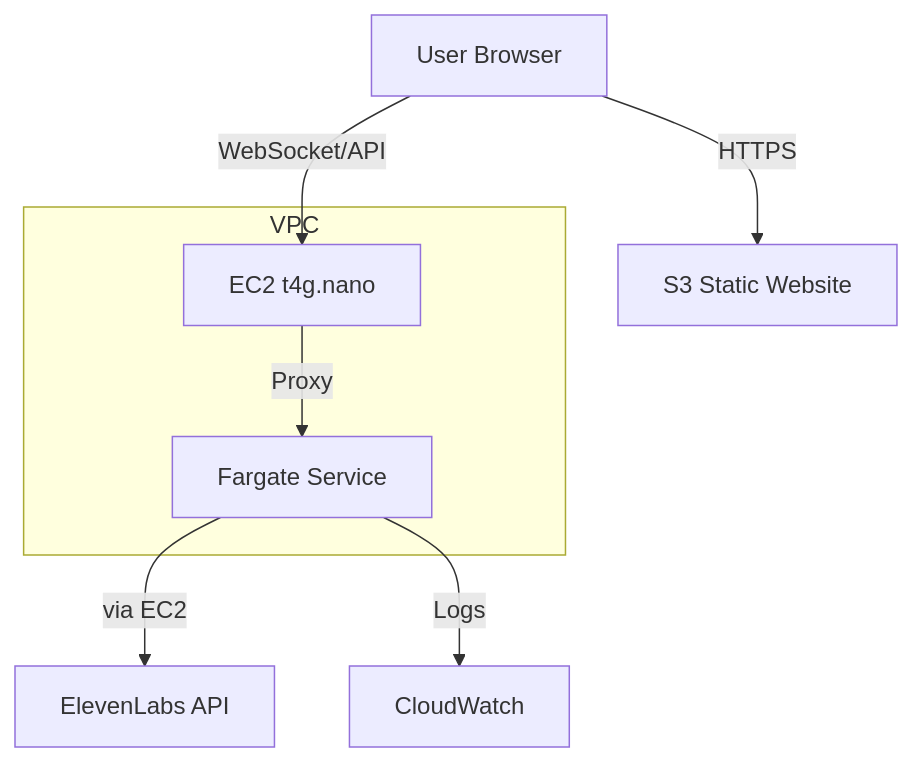
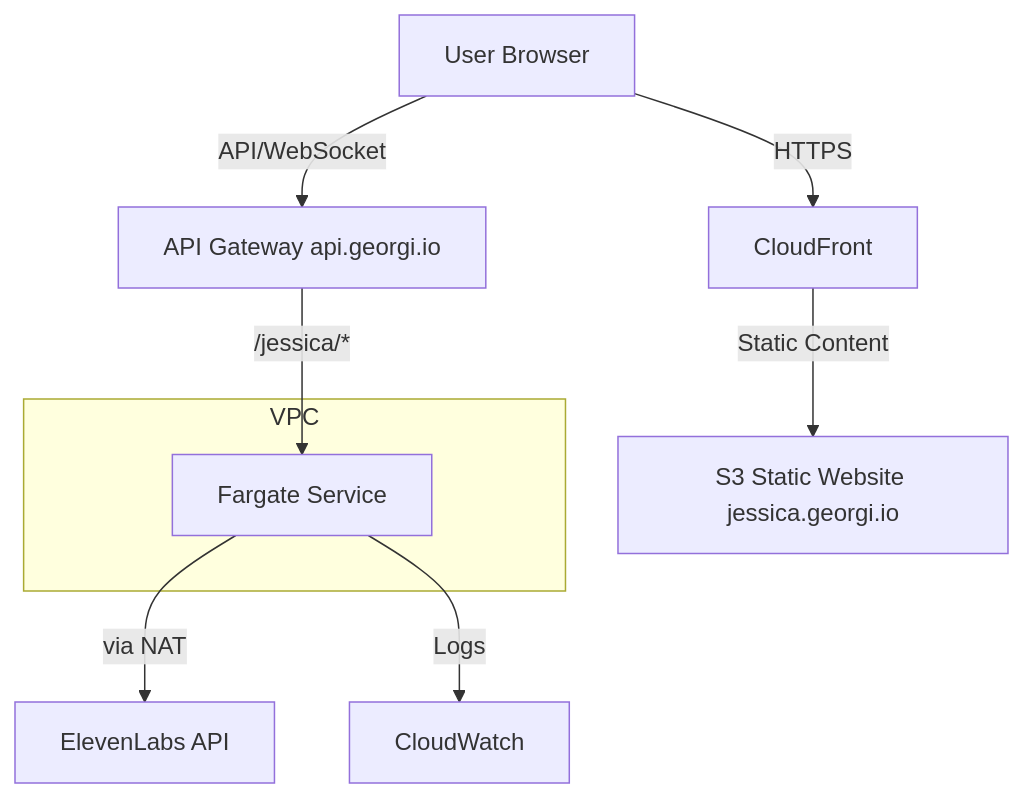
Before and after one commit to georgi-io/elevenlabs-tts-mcp: the diagram in docs/deployment-architecture.md, drawn with Mermaid. The commit also changed other lines of this file and 5 other files, not shown here.

First line of the commit message:
docs: Refactor project documentation and architecture

````diff
--- a/docs/deployment-architecture.md
+++ b/docs/deployment-architecture.md
@@ -7,12 +7,12 @@
 ```mermaid
 graph TD
-    U[User Browser] -->|HTTPS| S3[S3 Static Website]
-    U -->|WebSocket/API| EC2[EC2 t4g.nano]
-    EC2 -->|Proxy| F[Fargate Service]
-    F -->|via EC2| E[ElevenLabs API]
+    U[User Browser] -->|HTTPS| CF[CloudFront]
+    CF -->|Static Content| S3[S3 Static Website jessica.georgi.io]
+    U -->|API/WebSocket| APIGW[API Gateway api.georgi.io]
+    APIGW -->|/jessica/*| F[Fargate Service]
+    F -->|via NAT| E[ElevenLabs API]
     F -->|Logs| CW[CloudWatch]
     subgraph VPC
         F
-        EC2
     end
 ```
````
